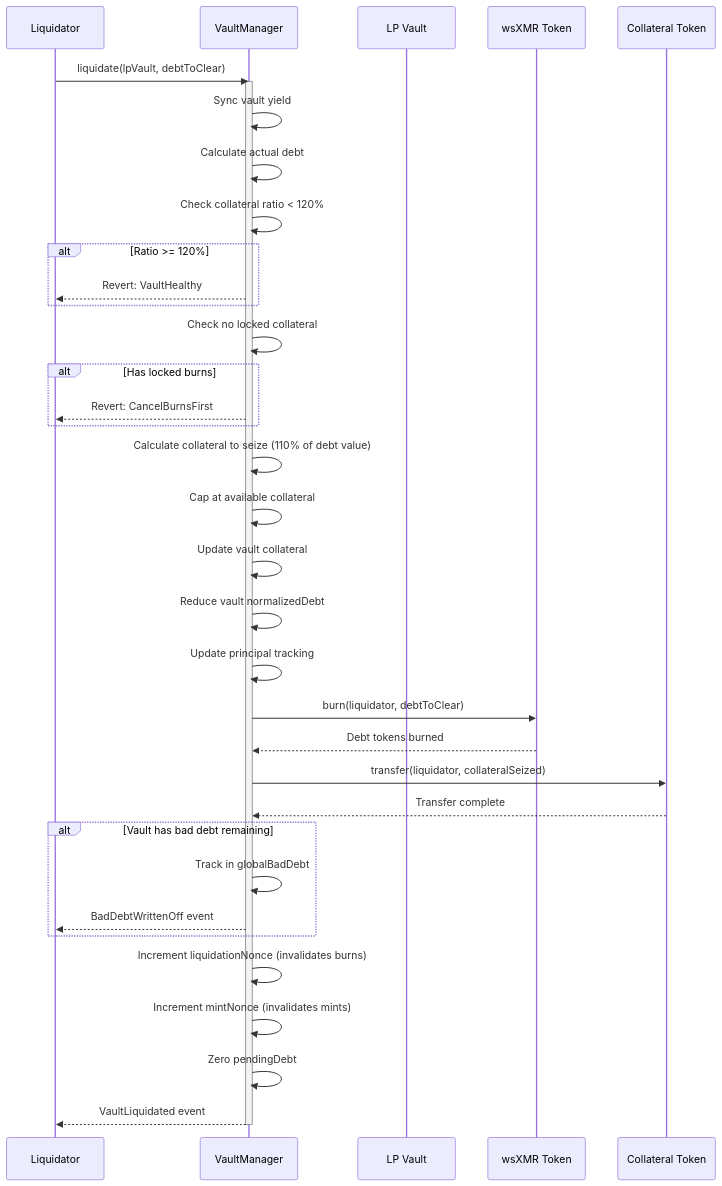
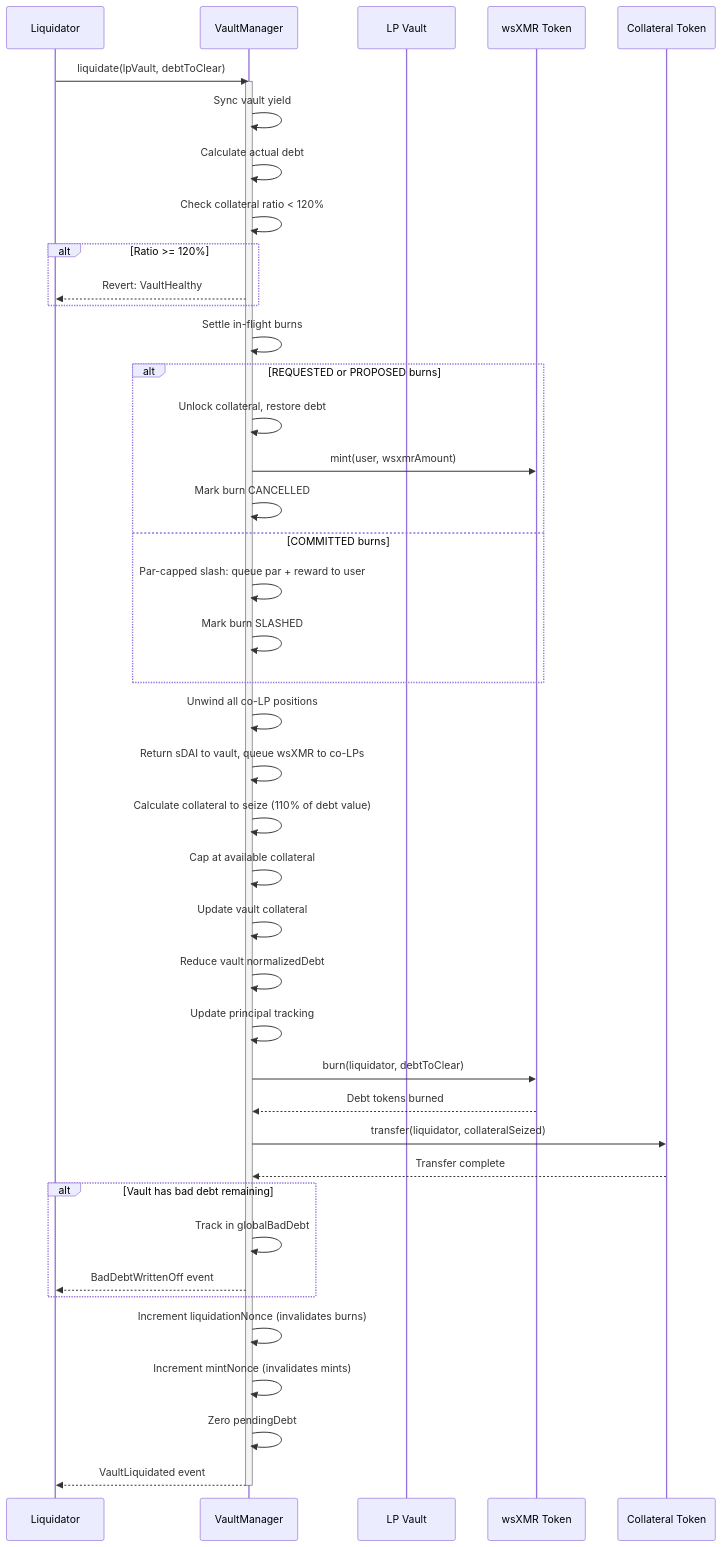
Before and after one commit to madschristensen99/wrapsynth: diagram 13 of 19 in docs/sequenceDiagrams.md, drawn with Mermaid. The commit also changed other lines of this file and 32 other files, not shown here.

````diff
--- a/docs/sequenceDiagrams.md
+++ b/docs/sequenceDiagrams.md
@@ -527,49 +673,57 @@
 ```mermaid
 sequenceDiagram
     participant Liquidator
     participant VM as VaultManager
     participant Vault as LP Vault
     participant Token as wsXMR Token
     participant Collateral as Collateral Token
 
     Liquidator->>VM: liquidate(lpVault, debtToClear)
     activate VM
     
     VM->>VM: Sync vault yield
     VM->>VM: Calculate actual debt
     
     VM->>VM: Check collateral ratio < 120%
     alt Ratio >= 120%
         VM-->>Liquidator: Revert: VaultHealthy
     end
     
-    VM->>VM: Check no locked collateral
-    alt Has locked burns
-        VM-->>Liquidator: Revert: CancelBurnsFirst
+    VM->>VM: Settle in-flight burns
+    alt REQUESTED or PROPOSED burns
+        VM->>VM: Unlock collateral, restore debt
+        VM->>Token: mint(user, wsxmrAmount)
+        VM->>VM: Mark burn CANCELLED
+    else COMMITTED burns
+        VM->>VM: Par-capped slash: queue par + reward to user
+        VM->>VM: Mark burn SLASHED
     end
+    
+    VM->>VM: Unwind all co-LP positions
+    VM->>VM: Return sDAI to vault, queue wsXMR to co-LPs
     
     VM->>VM: Calculate collateral to seize (110% of debt value)
     VM->>VM: Cap at available collateral
     
     VM->>VM: Update vault collateral
     VM->>VM: Reduce vault normalizedDebt
     VM->>VM: Update principal tracking
     
     VM->>Token: burn(liquidator, debtToClear)
     Token-->>VM: Debt tokens burned
     
     VM->>Collateral: transfer(liquidator, collateralSeized)
     Collateral-->>VM: Transfer complete
     
     alt Vault has bad debt remaining
         VM->>VM: Track in globalBadDebt
         VM-->>Liquidator: BadDebtWrittenOff event
     end
     
     VM->>VM: Increment liquidationNonce (invalidates burns)
     VM->>VM: Increment mintNonce (invalidates mints)
     VM->>VM: Zero pendingDebt
     
     VM-->>Liquidator: VaultLiquidated event
     deactivate VM
 ```
````
